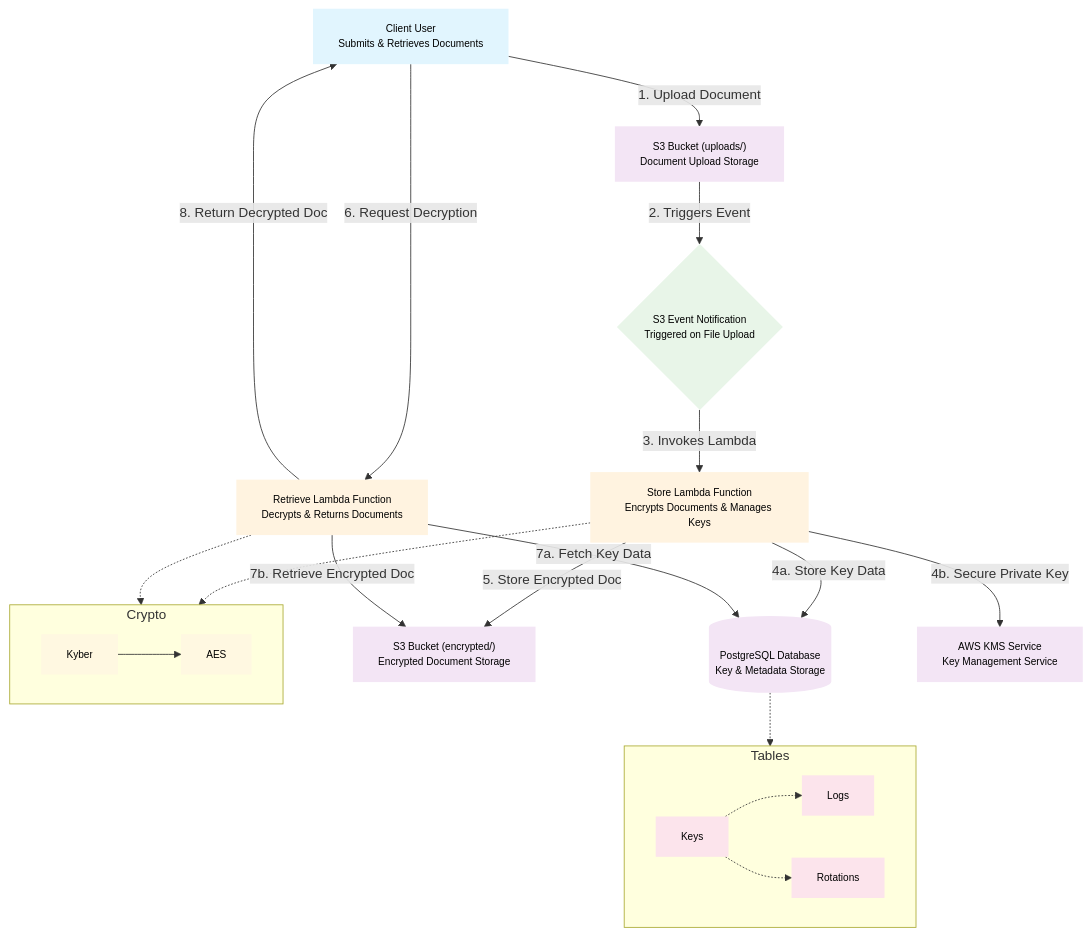
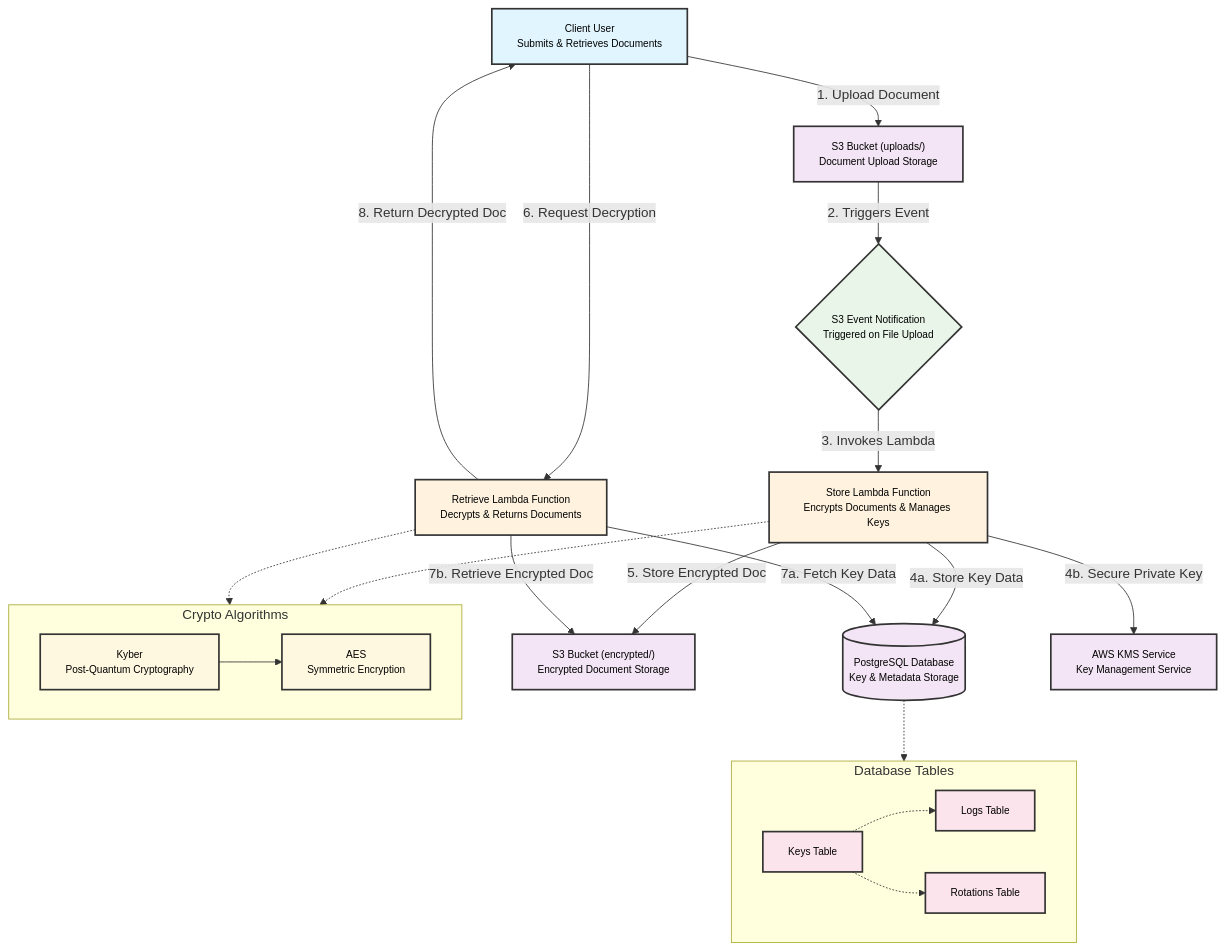
Before and after one commit to m1rl0k/pqfile: the diagram in architecture.mmd, drawn with Mermaid. The commit also changed 1 other file, not shown here.

```diff
--- a/architecture.mmd
+++ b/architecture.mmd
@@ -1,80 +1,65 @@
 flowchart TB
-    %% Define node styles with wider width to prevent text cutoff
-    classDef userNode fill:#f9f,stroke:#333,stroke-width:2px
-    classDef storageNode fill:#bbf,stroke:#333,stroke-width:2px
-    classDef serviceNode fill:#bfb,stroke:#333,stroke-width:2px
-    classDef eventNode fill:#fbb,stroke:#333,stroke-width:2px
+    %% Define node styles
+    classDef userClass fill:#e1f5fe,stroke:#333,stroke-width:2px,font-size:12px,color:#000
+    classDef lambdaClass fill:#fff3e0,stroke:#333,stroke-width:2px,font-size:12px,color:#000
+    classDef storageClass fill:#f3e5f5,stroke:#333,stroke-width:2px,font-size:12px,color:#000
+    classDef eventClass fill:#e8f5e8,stroke:#333,stroke-width:2px,font-size:12px,color:#000
+    classDef algorithmClass fill:#fff8e1,stroke:#333,stroke-width:2px,font-size:12px,color:#000
+    classDef dbClass fill:#fce4ec,stroke:#333,stroke-width:2px,font-size:12px,color:#000
     
-    %% External Components with descriptive labels
-    User["Client User\nSubmits & Retrieves Documents"] 
-    S3Up["S3 Bucket (uploads/)\nDocument Upload Storage"] 
-    S3Enc["S3 Bucket (encrypted/)\nEncrypted Document Storage"] 
-
-    %% Core Services with descriptive labels
-    Store["Store Lambda Function\nEncrypts Documents & Manages Keys"] 
-    Retrieve["Retrieve Lambda Function\nDecrypts & Returns Documents"] 
-    DB[("PostgreSQL Database\nKey & Metadata Storage")] 
-    KMS["AWS KMS Service\nKey Management Service"] 
-
+    %% External Components
+    User["Client User<br/>Submits & Retrieves Documents"] 
+    S3Up["S3 Bucket (uploads/)<br/>Document Upload Storage"] 
+    S3Enc["S3 Bucket (encrypted/)<br/>Encrypted Document Storage"] 
+    
+    %% Core Services
+    Store["Store Lambda Function<br/>Encrypts Documents & Manages Keys"] 
+    Retrieve["Retrieve Lambda Function<br/>Decrypts & Returns Documents"] 
+    DB[("PostgreSQL Database<br/>Key & Metadata Storage")] 
+    KMS["AWS KMS Service<br/>Key Management Service"] 
+    
     %% Event Flow
-    Event{"S3 Event Notification\nTriggered on File Upload"} 
+    Event{"S3 Event Notification<br/>Triggered on File Upload"} 
     
-    %% Flow Connections with labels
+    %% Flow Connections
     User -->|"1. Upload Document"| S3Up
     User -->|"6. Request Decryption"| Retrieve
-
+    
     %% Automatic Encryption Flow
     S3Up -->|"2. Triggers Event"| Event
     Event -->|"3. Invokes Lambda"| Store
     Store -->|"4a. Store Key Data"| DB
     Store -->|"4b. Secure Private Key"| KMS
     Store -->|"5. Store Encrypted Doc"| S3Enc
-
+    
     %% Decryption Flow
     Retrieve -->|"7a. Fetch Key Data"| DB
     Retrieve -->|"7b. Retrieve Encrypted Doc"| S3Enc
     Retrieve -->|"8. Return Decrypted Doc"| User
     
-    %% Apply styles
-    class User userNode
-    class S3Up,S3Enc storageNode
-    class Store,Retrieve,DB,KMS serviceNode
-    class Event eventNode
-
     %% Algorithm Details
-    subgraph Algo ["Crypto"]
-        Kyber["Kyber"]
-        AES["AES"]
+    subgraph Algo ["Crypto Algorithms"]
+        Kyber["Kyber<br/>Post-Quantum Cryptography"]
+        AES["AES<br/>Symmetric Encryption"]
         Kyber --> AES
     end
-
     Store -.-> Algo
     Retrieve -.-> Algo
-
+    
     %% Database Schema
-    subgraph DBSchema ["Tables"]
-        Keys["Keys"]
-        Logs["Logs"]
-        Rots["Rotations"]
-
+    subgraph DBSchema ["Database Tables"]
+        Keys["Keys Table"]
+        Logs["Logs Table"]
+        Rots["Rotations Table"]
         Keys -.-> Logs
         Keys -.-> Rots
     end
-
     DB -.-> DBSchema
     
-    %% Styling
-    classDef userClass fill:#e1f5fe,stroke:none,font-size:12px,color:#000,min-width:80px
-    classDef lambdaClass fill:#fff3e0,stroke:none,font-size:12px,color:#000,min-width:80px
-    classDef storageClass fill:#f3e5f5,stroke:none,font-size:12px,color:#000,min-width:80px
-    classDef eventClass fill:#e8f5e8,stroke:none,font-size:12px,color:#000,min-width:80px
-    classDef algorithmClass fill:#fff8e1,stroke:none,font-size:12px,color:#000,min-width:80px
-    classDef dbClass fill:#fce4ec,stroke:none,font-size:12px,color:#000,min-width:80px
-
+    %% Apply styles to nodes
     class User userClass
     class Store,Retrieve lambdaClass
-    class S3Up,S3Enc storageClass
-    class DB,KMS storageClass
+    class S3Up,S3Enc,DB,KMS storageClass
     class Event eventClass
     class Kyber,AES algorithmClass
     class Keys,Logs,Rots dbClass
```
